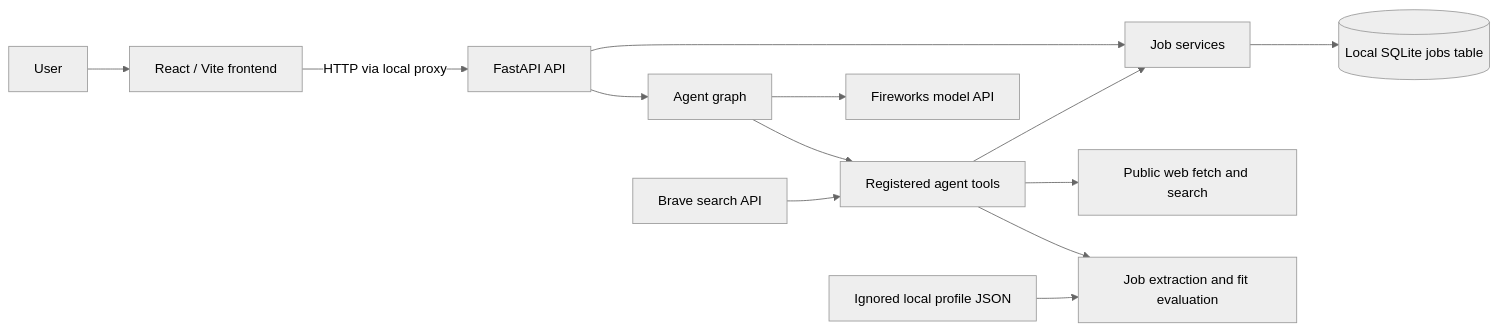
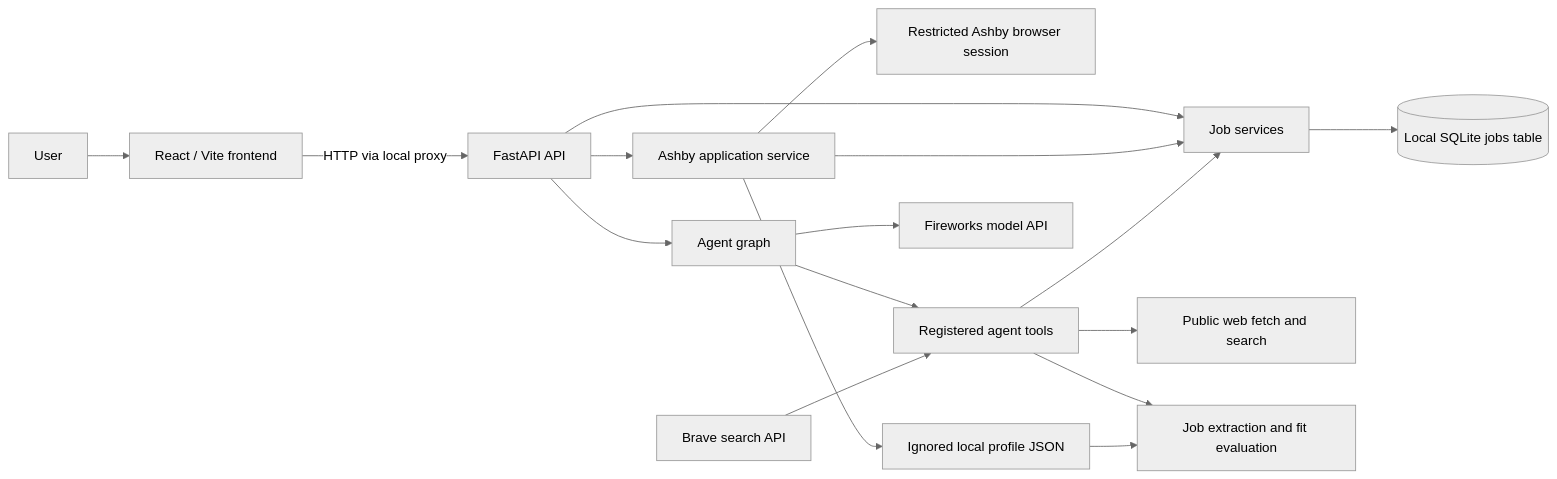
The diagram in docs/architecture/system-overview.md (apoorvpachori/recruiter-agent), drawn with Mermaid (neutral theme) before and after one commit. The commit also changed other lines of this file and 22 other files, not shown here.

Commit message:
feat: add reviewed Ashby application workflow (#16)

````diff
--- a/docs/architecture/system-overview.md
+++ b/docs/architecture/system-overview.md
@@ -7,15 +7,19 @@
 ```mermaid
 flowchart LR
   U[User] --> FE[React / Vite frontend]
   FE -->|HTTP via local proxy| API[FastAPI API]
   API --> AG[Agent graph]
   API --> JS[Job services]
+  API --> APPFLOW[Ashby application service]
+  APPFLOW --> BROWSER[Restricted Ashby browser session]
+  APPFLOW --> JS
+  APPFLOW --> PROFILE[Ignored local profile JSON]
   AG --> TOOLS[Registered agent tools]
   TOOLS --> WEB[Public web fetch and search]
   TOOLS --> FIT[Job extraction and fit evaluation]
   TOOLS --> JS
   JS --> DB[(Local SQLite jobs table)]
   AG --> MODEL[Fireworks model API]
   SEARCH[Brave search API] --> TOOLS
   PROFILE[Ignored local profile JSON] --> FIT
 ```
````
